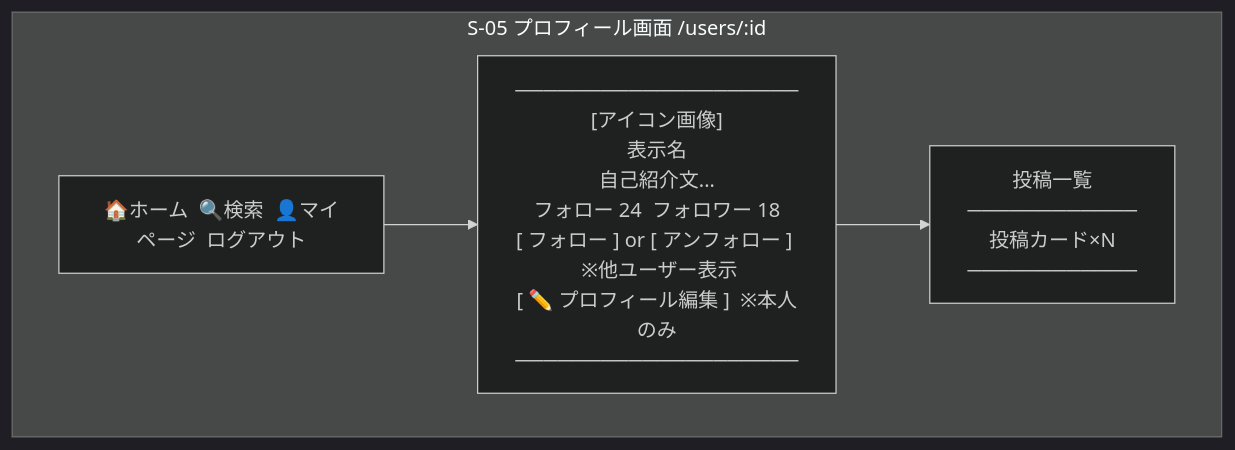
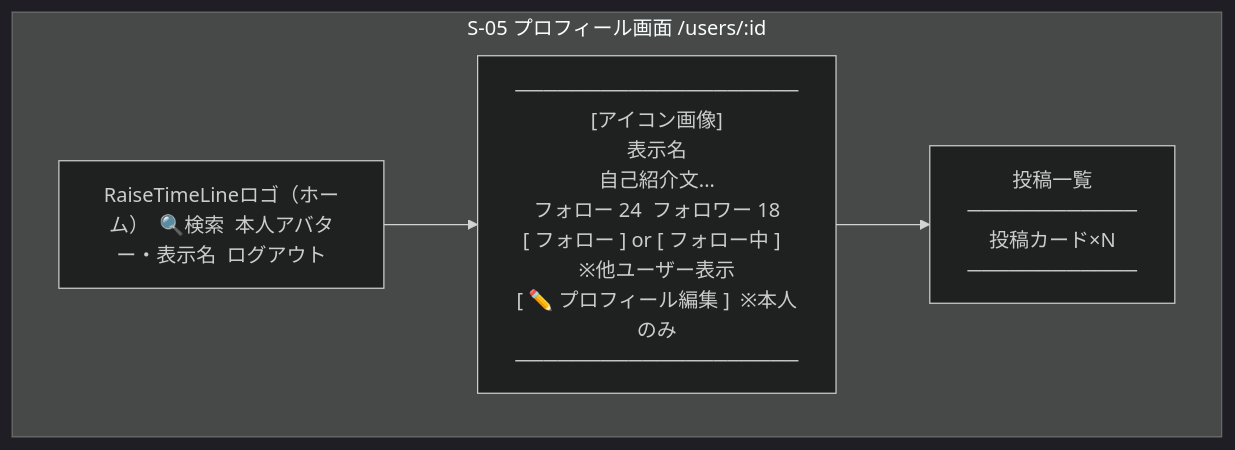
One commit to yamamotonaoki3/RaiseTimeLine changed the fifth of 11 diagrams in docs/details/wireframes.md. Above: the diagram before and after it, drawn with Mermaid (dark theme). The commit also changed other lines of this file and 27 other files, not shown here.

````diff
--- a/docs/details/wireframes.md
+++ b/docs/details/wireframes.md
@@ -74,9 +74,9 @@
 ```mermaid
 flowchart TB
     subgraph S05["S-05 プロフィール画面 /users/:id"]
-        Nav["🏠ホーム  🔍検索  👤マイページ  ログアウト"]
-        Profile["────────────────────\n[アイコン画像]\n表示名\n自己紹介文...\nフォロー 24  フォロワー 18\n[ フォロー ] or [ アンフォロー ]  ※他ユーザー表示\n[ ✏️ プロフィール編集 ]  ※本人のみ\n────────────────────"]
+        Nav["RaiseTimeLineロゴ（ホーム）  🔍検索  本人アバター・表示名  ログアウト"]
+        Profile["────────────────────\n[アイコン画像]\n表示名\n自己紹介文...\nフォロー 24  フォロワー 18\n[ フォロー ] or [ フォロー中 ]  ※他ユーザー表示\n[ ✏️ プロフィール編集 ]  ※本人のみ\n────────────────────"]
         PostList["投稿一覧\n────────────\n投稿カード×N\n────────────"]
         Nav --> Profile --> PostList
     end
 ```
````
